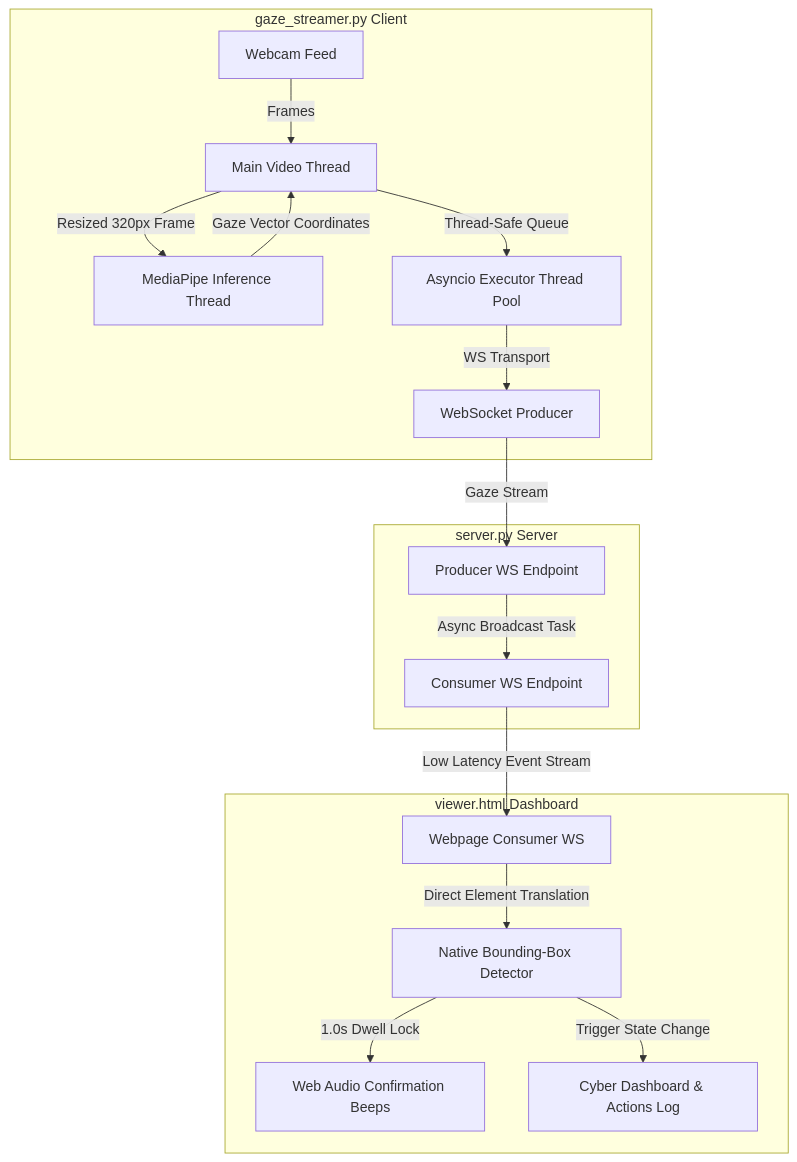
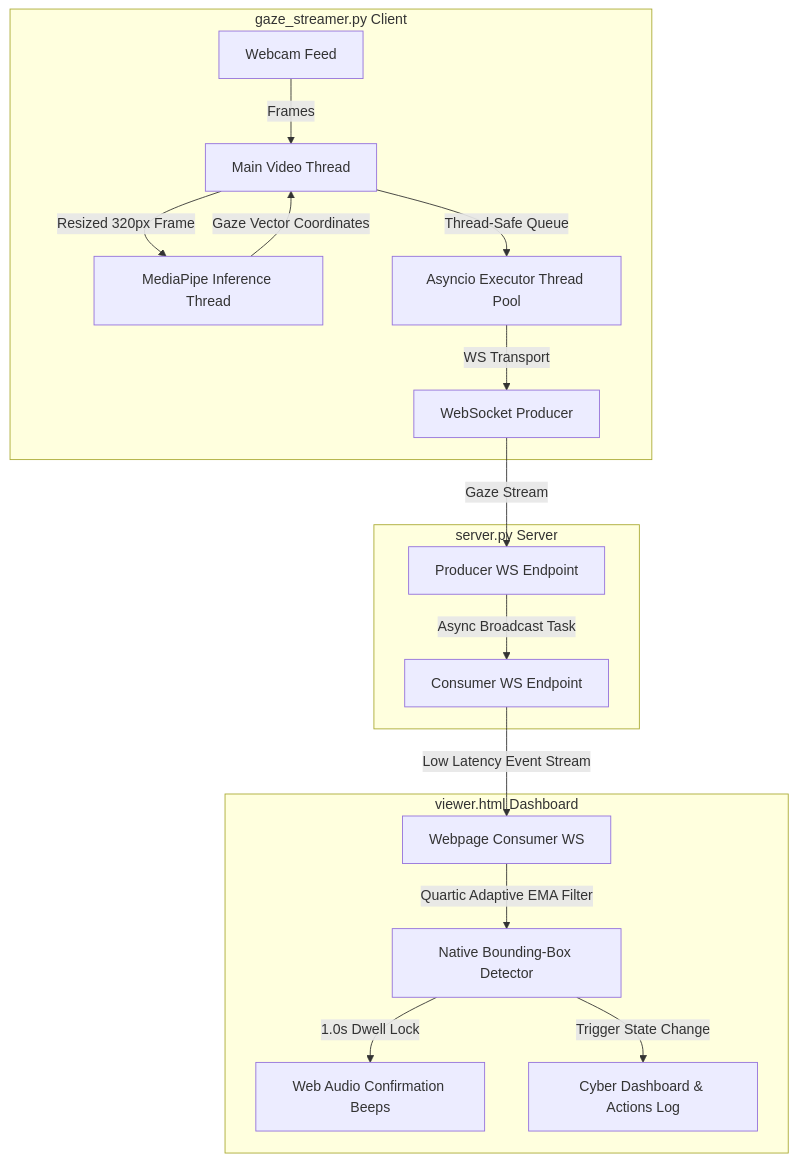
The diagram in readme.md (sam399/Drishti_Core), drawn with Mermaid before and after one commit. The commit also changed other lines of this file, not shown here.

Commit message:
docs: update readme.md to document quartic adaptive dead-zone gaze stabilization

````diff
--- a/readme.md
+++ b/readme.md
@@ -56,22 +57,22 @@
 ```mermaid
 flowchart TD
     subgraph Streamer Client [gaze_streamer.py Client]
         A[Webcam Feed] -->|Frames| B[Main Video Thread]
         B -->|Resized 320px Frame| C[MediaPipe Inference Thread]
         C -->|Gaze Vector Coordinates| B
         B -->|Thread-Safe Queue| D[Asyncio Executor Thread Pool]
         D -->|WS Transport| E[WebSocket Producer]
     end
 
     subgraph FastAPI Backend [server.py Server]
         E -->|Gaze Stream| F[Producer WS Endpoint]
         F -->|Async Broadcast Task| G[Consumer WS Endpoint]
     end
 
     subgraph Browser Client [viewer.html Dashboard]
         G -->|Low Latency Event Stream| H[Webpage Consumer WS]
-        H -->|Direct Element Translation| I[Native Bounding-Box Detector]
+        H -->|Quartic Adaptive EMA Filter| I[Native Bounding-Box Detector]
         I -->|1.0s Dwell Lock| J[Web Audio Confirmation Beeps]
         I -->|Trigger State Change| K[Cyber Dashboard & Actions Log]
     end
 ```
````
